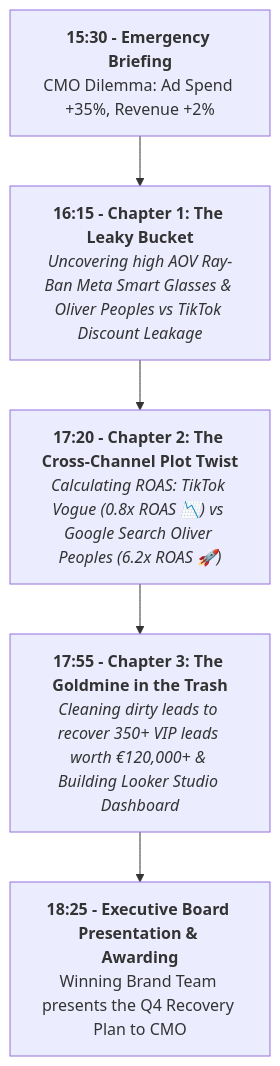
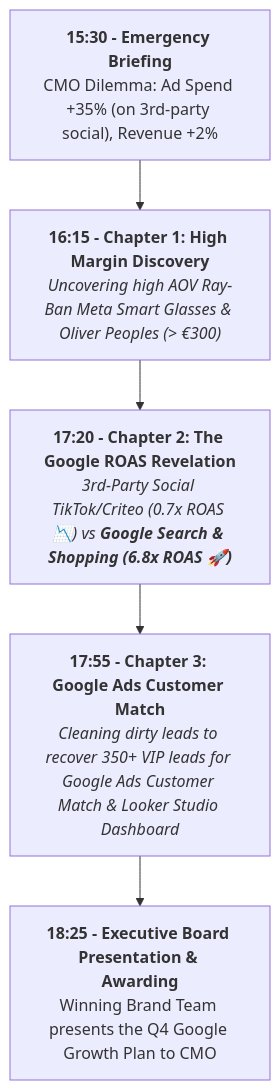
The diagram in instructor_guide.md (mauripsale/luxottica-bigquery-training), drawn with Mermaid before and after one commit. The commit also changed other lines of this file and 4 other files, not shown here.

Commit message:
Position Google Ads (Search, Shopping, YouTube, PMax) as the high-ROAS hero (>6.8x) vs third-party social waste (0.7x)

````diff
--- a/instructor_guide.md
+++ b/instructor_guide.md
@@ -44,7 +44,7 @@
 ```mermaid
 flowchart TD
-    Briefing["<b>15:30 - Emergency Briefing</b><br/>CMO Dilemma: Ad Spend +35%, Revenue +2%"] --> Ch1["<b>16:15 - Chapter 1: The Leaky Bucket</b><br/><i>Uncovering high AOV Ray-Ban Meta Smart Glasses & Oliver Peoples vs TikTok Discount Leakage</i>"]
-    Ch1 --> Ch2["<b>17:20 - Chapter 2: The Cross-Channel Plot Twist</b><br/><i>Calculating ROAS: TikTok Vogue (0.8x ROAS 📉) vs Google Search Oliver Peoples (6.2x ROAS 🚀)</i>"]
-    Ch2 --> Ch3["<b>17:55 - Chapter 3: The Goldmine in the Trash</b><br/><i>Cleaning dirty leads to recover 350+ VIP leads worth €120,000+ & Building Looker Studio Dashboard</i>"]
-    Ch3 --> Victory["<b>18:25 - Executive Board Presentation & Awarding</b><br/>Winning Brand Team presents the Q4 Recovery Plan to CMO"]
+    Briefing["<b>15:30 - Emergency Briefing</b><br/>CMO Dilemma: Ad Spend +35% (on 3rd-party social), Revenue +2%"] --> Ch1["<b>16:15 - Chapter 1: High Margin Discovery</b><br/><i>Uncovering high AOV Ray-Ban Meta Smart Glasses & Oliver Peoples (> €300)</i>"]
+    Ch1 --> Ch2["<b>17:20 - Chapter 2: The Google ROAS Revelation</b><br/><i>3rd-Party Social TikTok/Criteo (0.7x ROAS 📉) vs <b>Google Search & Shopping (6.8x ROAS 🚀)</b></i>"]
+    Ch2 --> Ch3["<b>17:55 - Chapter 3: Google Ads Customer Match</b><br/><i>Cleaning dirty leads to recover 350+ VIP leads for Google Ads Customer Match & Looker Studio Dashboard</i>"]
+    Ch3 --> Victory["<b>18:25 - Executive Board Presentation & Awarding</b><br/>Winning Brand Team presents the Q4 Google Growth Plan to CMO"]
 ```
````
